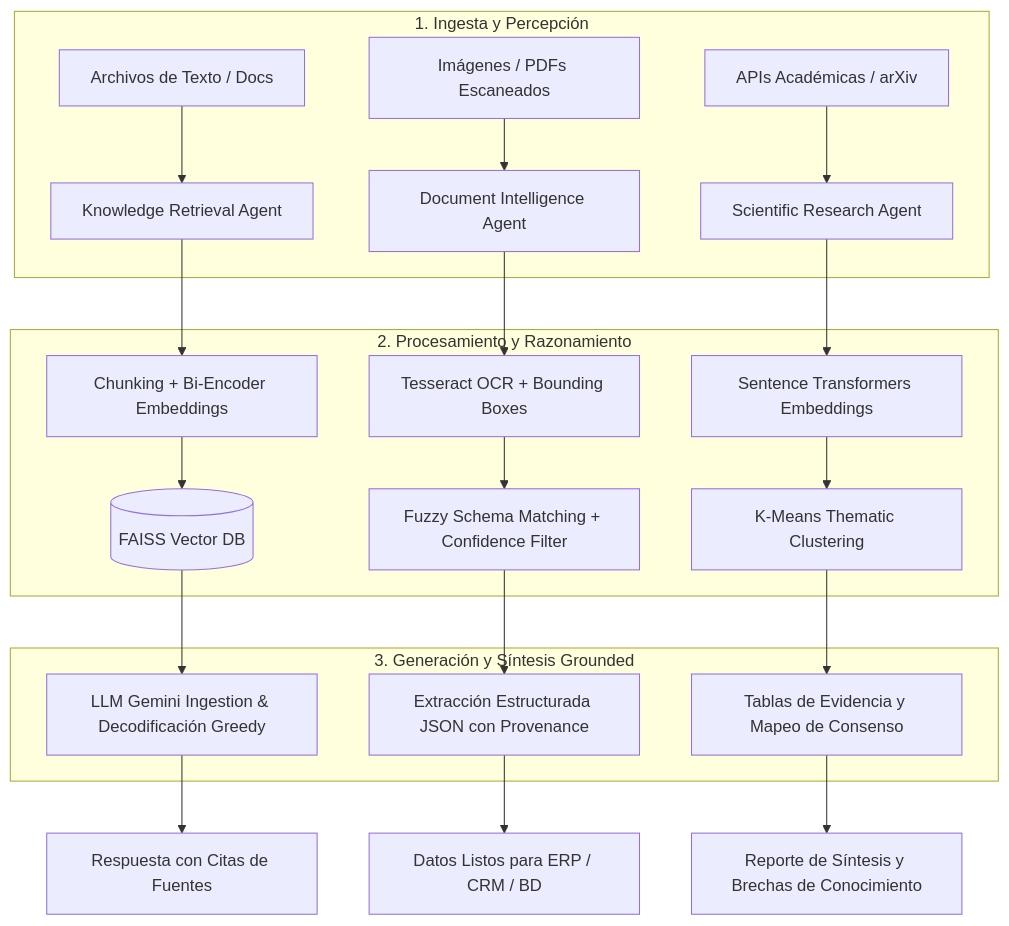
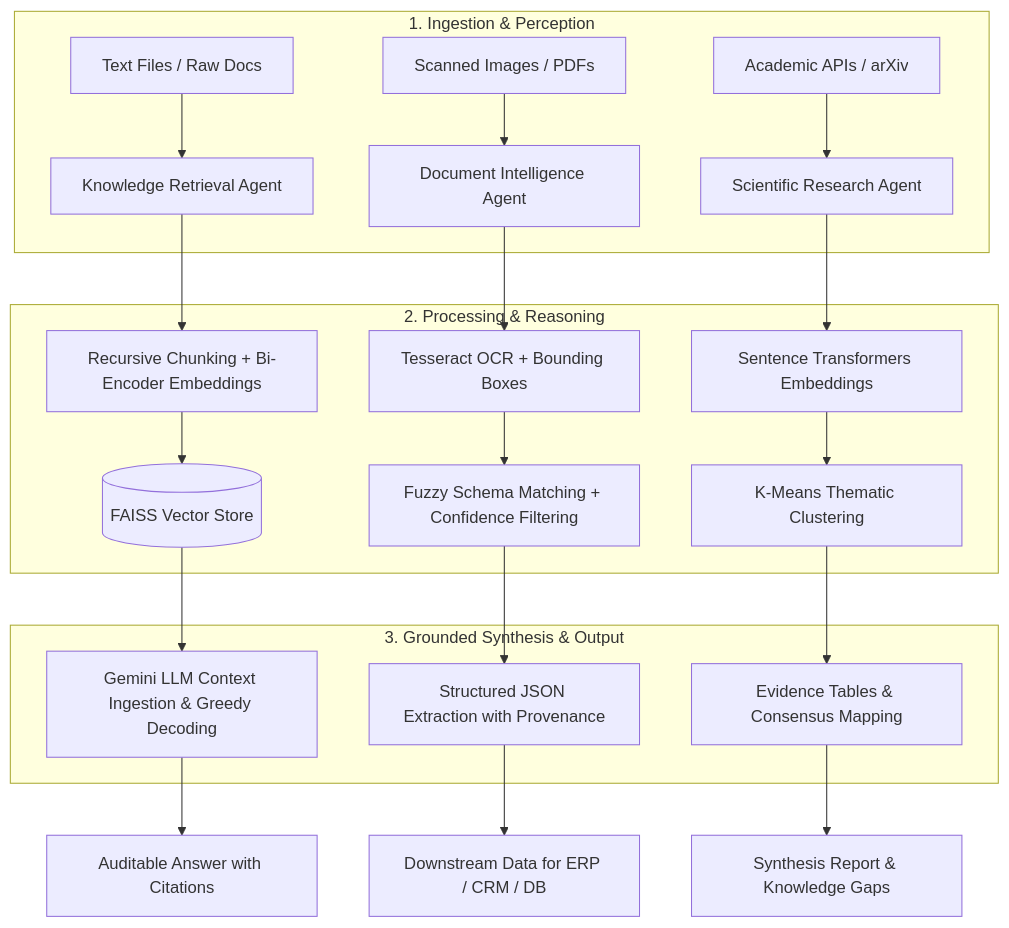
One commit to OscarTMa/chapter_06_knowledge_agents changed the diagram in README.md. Above: the diagram before and after it, drawn with Mermaid. The commit also changed other lines of this file, not shown here.

````diff
--- a/README.md
+++ b/README.md
@@ -9,29 +9,29 @@
 ```mermaid
 flowchart TD
-    subgraph Ingestion["1. Ingesta y Percepción"]
-        A1[Archivos de Texto / Docs] --> B1[Knowledge Retrieval Agent]
-        A2[Imágenes / PDFs Escaneados] --> B2[Document Intelligence Agent]
-        A3[APIs Académicas / arXiv] --> B3[Scientific Research Agent]
+    subgraph Ingestion["1. Ingestion & Perception"]
+        A1[Text Files / Raw Docs] --> B1[Knowledge Retrieval Agent]
+        A2[Scanned Images / PDFs] --> B2[Document Intelligence Agent]
+        A3[Academic APIs / arXiv] --> B3[Scientific Research Agent]
     end
 
-    subgraph Processing["2. Procesamiento y Razonamiento"]
-        B1 --> C1[Chunking + Bi-Encoder Embeddings]
-        C1 --> D1[(FAISS Vector DB)]
+    subgraph Processing["2. Processing & Reasoning"]
+        B1 --> C1[Recursive Chunking + Bi-Encoder Embeddings]
+        C1 --> D1[(FAISS Vector Store)]
         
         B2 --> C2[Tesseract OCR + Bounding Boxes]
-        C2 --> D2[Fuzzy Schema Matching + Confidence Filter]
+        C2 --> D2[Fuzzy Schema Matching + Confidence Filtering]
         
         B3 --> C3[Sentence Transformers Embeddings]
         C3 --> D3[K-Means Thematic Clustering]
     end
 
-    subgraph Grounding["3. Generación y Síntesis Grounded"]
-        D1 --> E1[LLM Gemini Ingestion & Decodificación Greedy]
-        D2 --> E2[Extracción Estructurada JSON con Provenance]
-        D3 --> E3[Tablas de Evidencia y Mapeo de Consenso]
+    subgraph Grounding["3. Grounded Synthesis & Output"]
+        D1 --> E1[Gemini LLM Context Ingestion & Greedy Decoding]
+        D2 --> E2[Structured JSON Extraction with Provenance]
+        D3 --> E3[Evidence Tables & Consensus Mapping]
     end
 
-    E1 --> Output1[Respuesta con Citas de Fuentes]
-    E2 --> Output2[Datos Listos para ERP / CRM / BD]
-    E3 --> Output3[Reporte de Síntesis y Brechas de Conocimiento]
+    E1 --> Output1[Auditable Answer with Citations]
+    E2 --> Output2[Downstream Data for ERP / CRM / DB]
+    E3 --> Output3[Synthesis Report & Knowledge Gaps]
 ```
````
